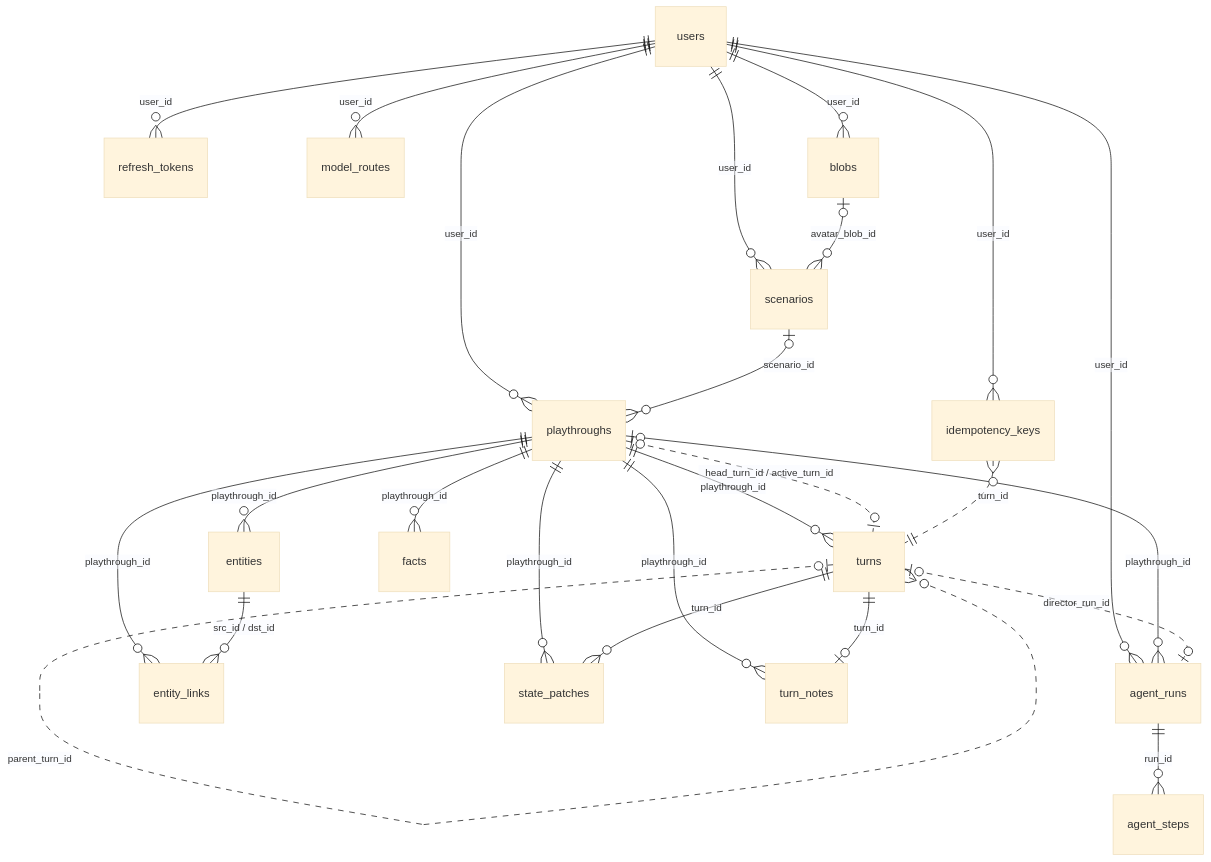
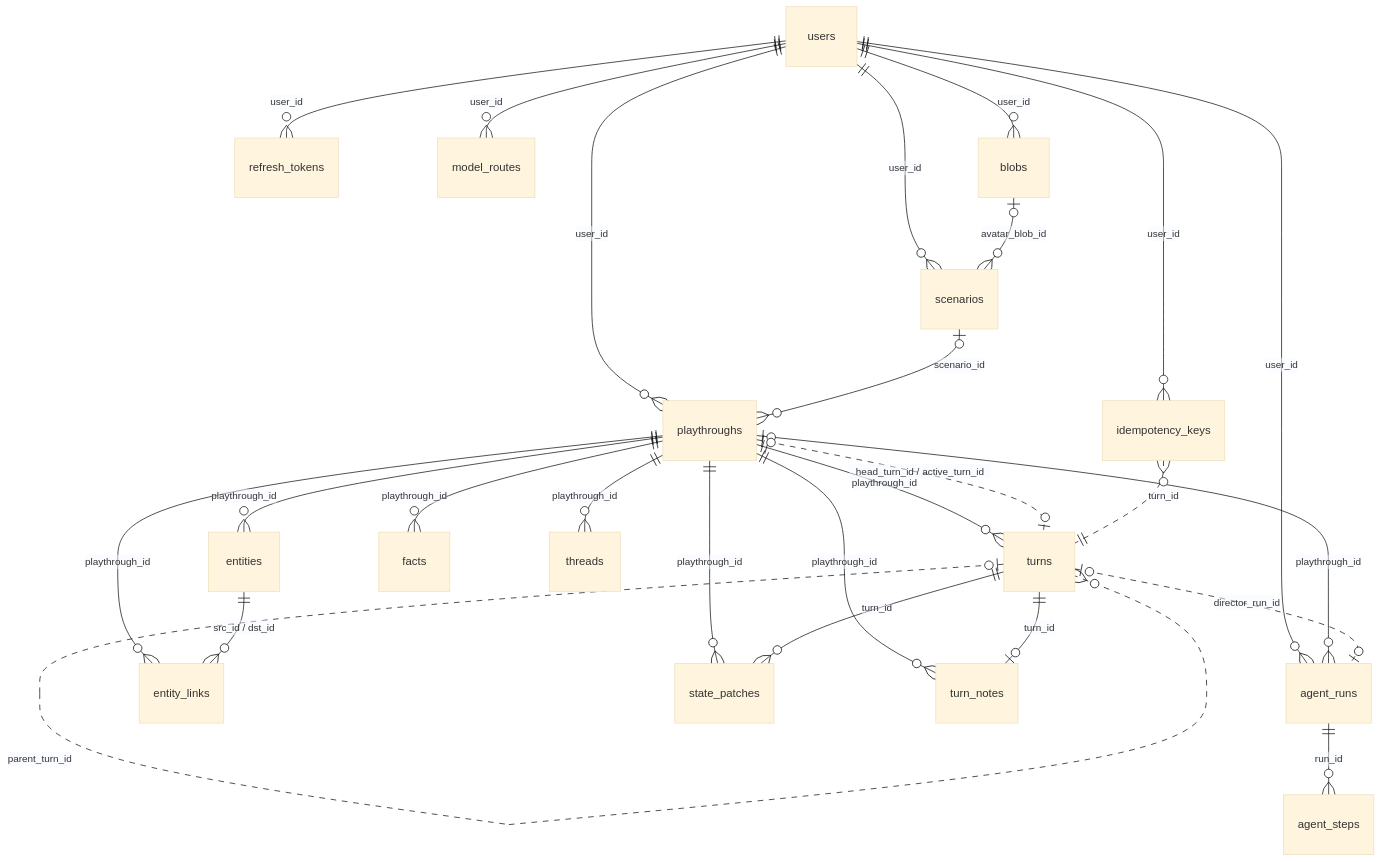
Before and after one commit to Hexthebaldy/BetterTavern: the diagram in docs/data-model/README.md, drawn with Mermaid (base theme). The commit also changed other lines of this file and 99 other files, not shown here.

````diff
--- a/docs/data-model/README.md
+++ b/docs/data-model/README.md
@@ -44,27 +44,28 @@
 ```mermaid
 erDiagram
     users ||--o{ refresh_tokens : "user_id"
     users ||--o{ model_routes : "user_id"
     users ||--o{ blobs : "user_id"
     users ||--o{ scenarios : "user_id"
     users ||--o{ playthroughs : "user_id"
     users ||--o{ agent_runs : "user_id"
     users ||--o{ idempotency_keys : "user_id"
     blobs |o--o{ scenarios : "avatar_blob_id"
     scenarios |o--o{ playthroughs : "scenario_id"
     playthroughs ||--o{ turns : "playthrough_id"
     playthroughs ||--o{ entities : "playthrough_id"
     playthroughs ||--o{ entity_links : "playthrough_id"
     playthroughs ||--o{ facts : "playthrough_id"
+    playthroughs ||--o{ threads : "playthrough_id"
     playthroughs |o--o{ agent_runs : "playthrough_id"
     playthroughs ||--o{ state_patches : "playthrough_id"
     playthroughs ||--o{ turn_notes : "playthrough_id"
     turns ||--o{ state_patches : "turn_id"
     turns ||--o| turn_notes : "turn_id"
     agent_runs ||--o{ agent_steps : "run_id"
     entities ||--o{ entity_links : "src_id / dst_id"
     playthroughs |o..o| turns : "head_turn_id / active_turn_id"
     turns |o..o{ turns : "parent_turn_id"
     turns |o..o| agent_runs : "director_run_id"
     idempotency_keys }o..|| turns : "turn_id"
 ```
````
